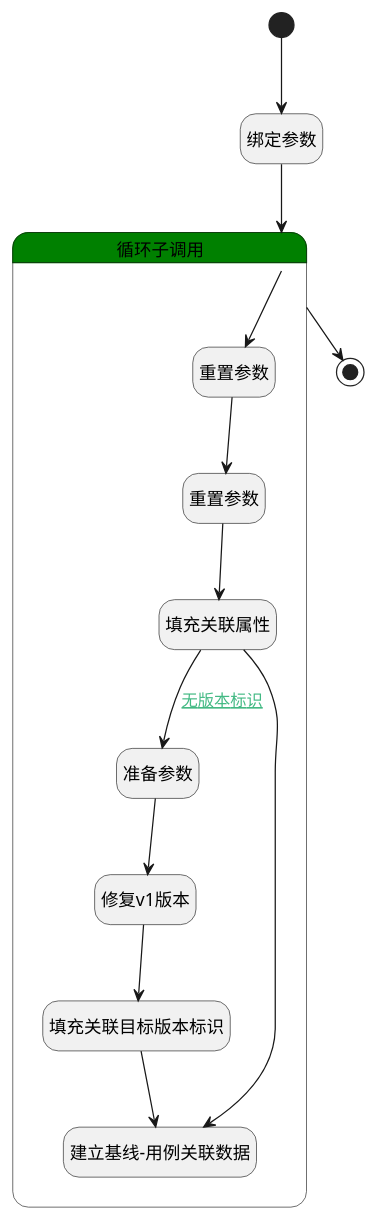
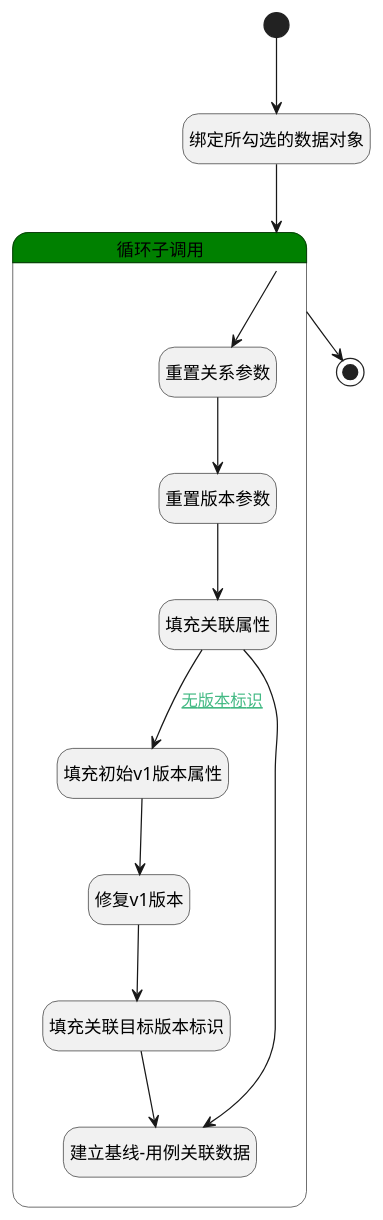
The diagram in doc/docsify/module/TestMgmt/baseline_test_case/logic/shift_in_baseline.md (iBizLab/plm), drawn with PlantUML before and after one commit. The commit also changed other lines of this file and 1068 other files, not shown here.

````diff
--- a/doc/docsify/module/TestMgmt/baseline_test_case/logic/shift_in_baseline.md
+++ b/doc/docsify/module/TestMgmt/baseline_test_case/logic/shift_in_baseline.md
@@ -7,39 +7,39 @@
 ```plantuml
 @startuml
 hide empty description
 <style>
 root {
   HyperlinkColor #42b983
 }
 </style>
 
 hide empty description
 state "开始" as Begin <<start>> [[$./shift_in_baseline#begin {"开始"}]]
-state "绑定参数" as BINDPARAM1  [[$./shift_in_baseline#bindparam1 {"绑定参数"}]]
+state "绑定所勾选的数据对象" as BINDPARAM1  [[$./shift_in_baseline#bindparam1 {"绑定所勾选的数据对象"}]]
 state "结束" as END1 <<end>> [[$./shift_in_baseline#end1 {"结束"}]]
 state "循环子调用" as LOOPSUBCALL1  [[$./shift_in_baseline#loopsubcall1 {"循环子调用"}]] #green {
-state "重置参数" as RESETPARAM1  [[$./shift_in_baseline#resetparam1 {"重置参数"}]]
-state "重置参数" as RESETPARAM2  [[$./shift_in_baseline#resetparam2 {"重置参数"}]]
+state "重置关系参数" as RESETPARAM1  [[$./shift_in_baseline#resetparam1 {"重置关系参数"}]]
+state "重置版本参数" as RESETPARAM2  [[$./shift_in_baseline#resetparam2 {"重置版本参数"}]]
 state "填充关联属性" as PREPAREPARAM1  [[$./shift_in_baseline#prepareparam1 {"填充关联属性"}]]
-state "准备参数" as PREPAREPARAM2  [[$./shift_in_baseline#prepareparam2 {"准备参数"}]]
+state "填充初始v1版本属性" as PREPAREPARAM2  [[$./shift_in_baseline#prepareparam2 {"填充初始v1版本属性"}]]
 state "修复v1版本" as DEACTION2  [[$./shift_in_baseline#deaction2 {"修复v1版本"}]]
 state "填充关联目标版本标识" as PREPAREPARAM3  [[$./shift_in_baseline#prepareparam3 {"填充关联目标版本标识"}]]
 state "建立基线-用例关联数据" as DEACTION1  [[$./shift_in_baseline#deaction1 {"建立基线-用例关联数据"}]]
 }
 
 
 Begin --> BINDPARAM1
 BINDPARAM1 --> LOOPSUBCALL1
 LOOPSUBCALL1 --> RESETPARAM1
 RESETPARAM1 --> RESETPARAM2
 RESETPARAM2 --> PREPAREPARAM1
 PREPAREPARAM1 --> DEACTION1
 PREPAREPARAM1 --> PREPAREPARAM2 : [[$./shift_in_baseline#prepareparam1-prepareparam2{无版本标识} 无版本标识]]
 PREPAREPARAM2 --> DEACTION2
 DEACTION2 --> PREPAREPARAM3
 PREPAREPARAM3 --> DEACTION1
 LOOPSUBCALL1 --> END1
 
 
 @enduml
 ```
````
